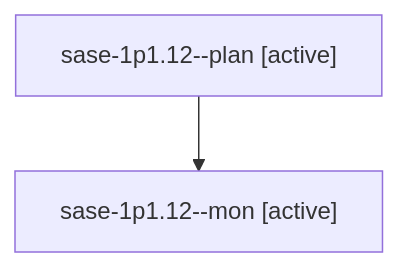
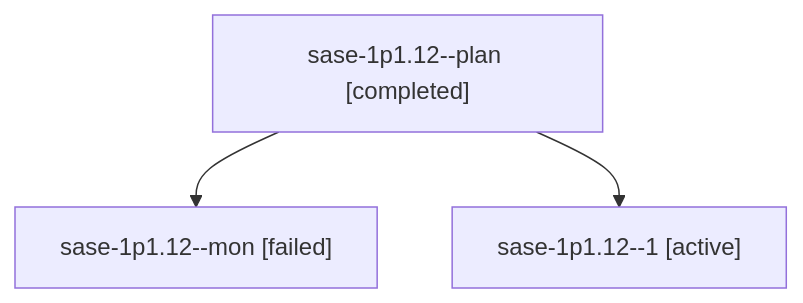
Before and after one commit to sase-org/sase--agents: the diagram in sessions/bbugyi200.athena.sase-1p1.12.md, drawn with Mermaid. The commit also changed other lines of this file and 53 other files, not shown here.

````diff
--- a/sessions/bbugyi200.athena.sase-1p1.12.md
+++ b/sessions/bbugyi200.athena.sase-1p1.12.md
@@ -9,6 +9,8 @@
 ```mermaid
 flowchart TD
-  n0["sase-1p1.12--plan [active]"]
-  n1["sase-1p1.12--mon [active]"]
+  n0["sase-1p1.12--plan [completed]"]
+  n1["sase-1p1.12--mon [failed]"]
   n0 --> n1
+  n2["sase-1p1.12--1 [active]"]
+  n0 --> n2
 ```
````
